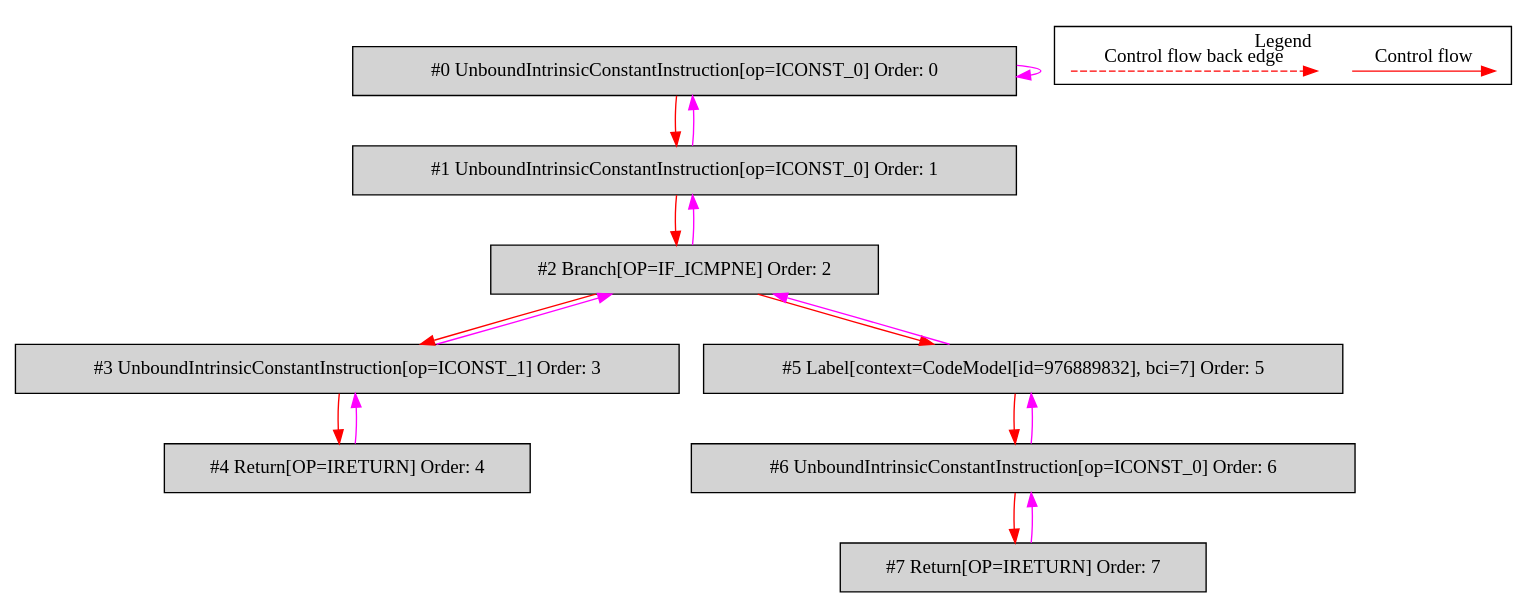
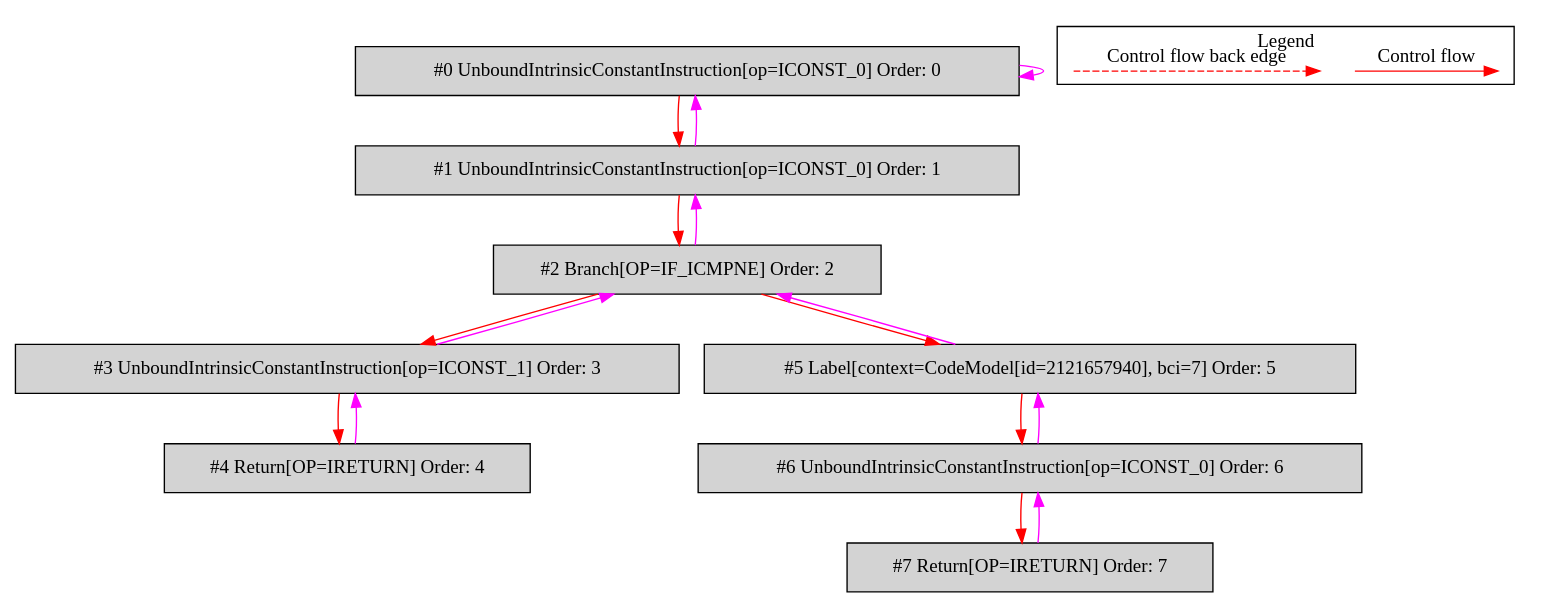
The diagram in de.mirkosertic.metair.ir.OpcodeIFICMPNETest/test_IF_ICMPNE/bytecodecfg.dot (mirkosertic/MetaIR), drawn with Graphviz before and after one commit. The commit also changed 636 other files, not shown here.

```diff
--- a/de.mirkosertic.metair.ir.OpcodeIFICMPNETest/test_IF_ICMPNE/bytecodecfg.dot
+++ b/de.mirkosertic.metair.ir.OpcodeIFICMPNETest/test_IF_ICMPNE/bytecodecfg.dot
@@ -1,40 +1,40 @@
 digraph {
  ordering="in";
  node0[label="#0 UnboundIntrinsicConstantInstruction[op=ICONST_0] Order: 0", shape=box, fillcolor=lightgrey, style=filled];
  node1[label="#1 UnboundIntrinsicConstantInstruction[op=ICONST_0] Order: 1", shape=box, fillcolor=lightgrey, style=filled];
  node2[label="#2 Branch[OP=IF_ICMPNE] Order: 2", shape=box, fillcolor=lightgrey, style=filled];
  node3[label="#3 UnboundIntrinsicConstantInstruction[op=ICONST_1] Order: 3", shape=box, fillcolor=lightgrey, style=filled];
  node4[label="#4 Return[OP=IRETURN] Order: 4", shape=box, fillcolor=lightgrey, style=filled];
- node5[label="#5 Label[context=CodeModel[id=976889832], bci=7] Order: 5", shape=box, fillcolor=lightgrey, style=filled];
+ node5[label="#5 Label[context=CodeModel[id=2121657940], bci=7] Order: 5", shape=box, fillcolor=lightgrey, style=filled];
  node6[label="#6 UnboundIntrinsicConstantInstruction[op=ICONST_0] Order: 6", shape=box, fillcolor=lightgrey, style=filled];
  node7[label="#7 Return[OP=IRETURN] Order: 7", shape=box, fillcolor=lightgrey, style=filled];
  node0 -> node0[color=fuchsia];
  node0 -> node1[color=red];
  node1 -> node0[color=fuchsia];
  node1 -> node2[color=red];
  node2 -> node1[color=fuchsia];
  node2 -> node3[color=red];
  node3 -> node2[color=fuchsia];
  node3 -> node4[color=red];
  node4 -> node3[color=fuchsia];
  node2 -> node5[color=red];
  node5 -> node2[color=fuchsia];
  node5 -> node6[color=red];
  node6 -> node5[color=fuchsia];
  node6 -> node7[color=red];
  node7 -> node6[color=fuchsia];
  subgraph cluster_000 {
   label = "Legend";
   node [shape=point]
   {
    rank=same;
    c0 [style = invis];
    c1 [style = invis];
    c2 [style = invis];
    c3 [style = invis];
   }
   c0 -> c1 [label="Control flow", style=solid, color=red]
   c2 -> c3 [label="Control flow back edge", style=dashed, color=red]
  }
 
 }
```
